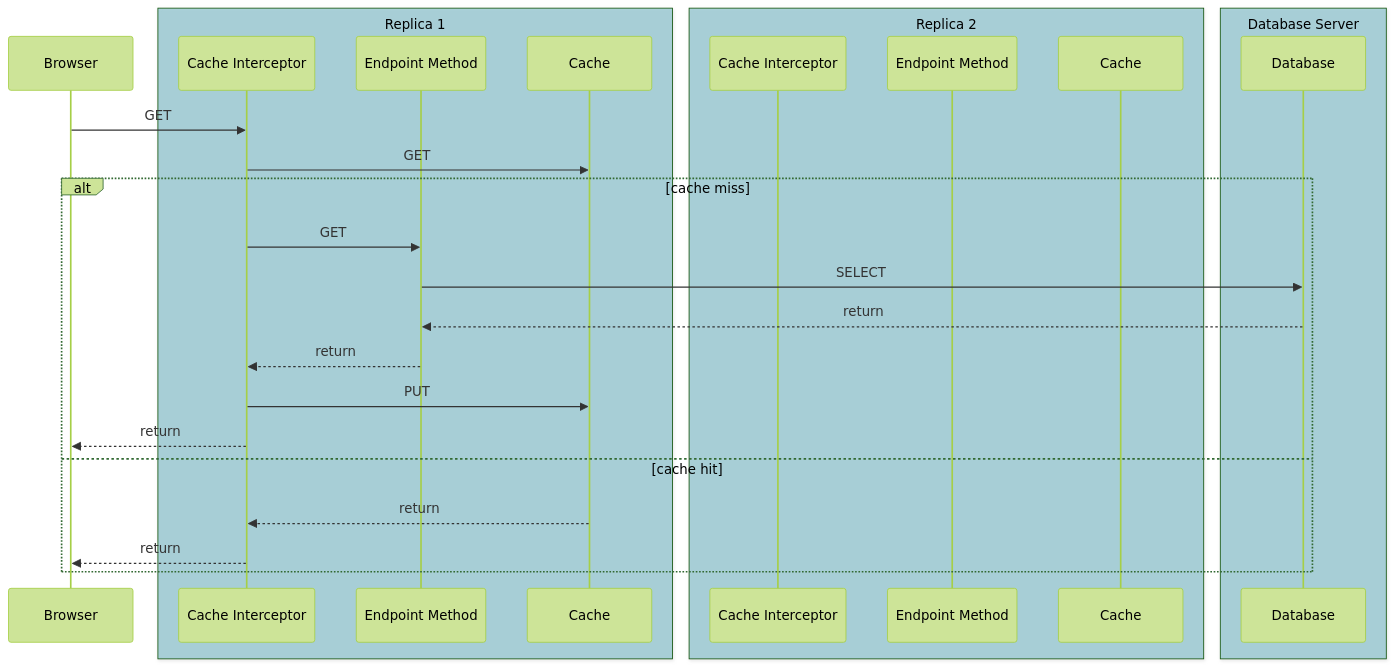
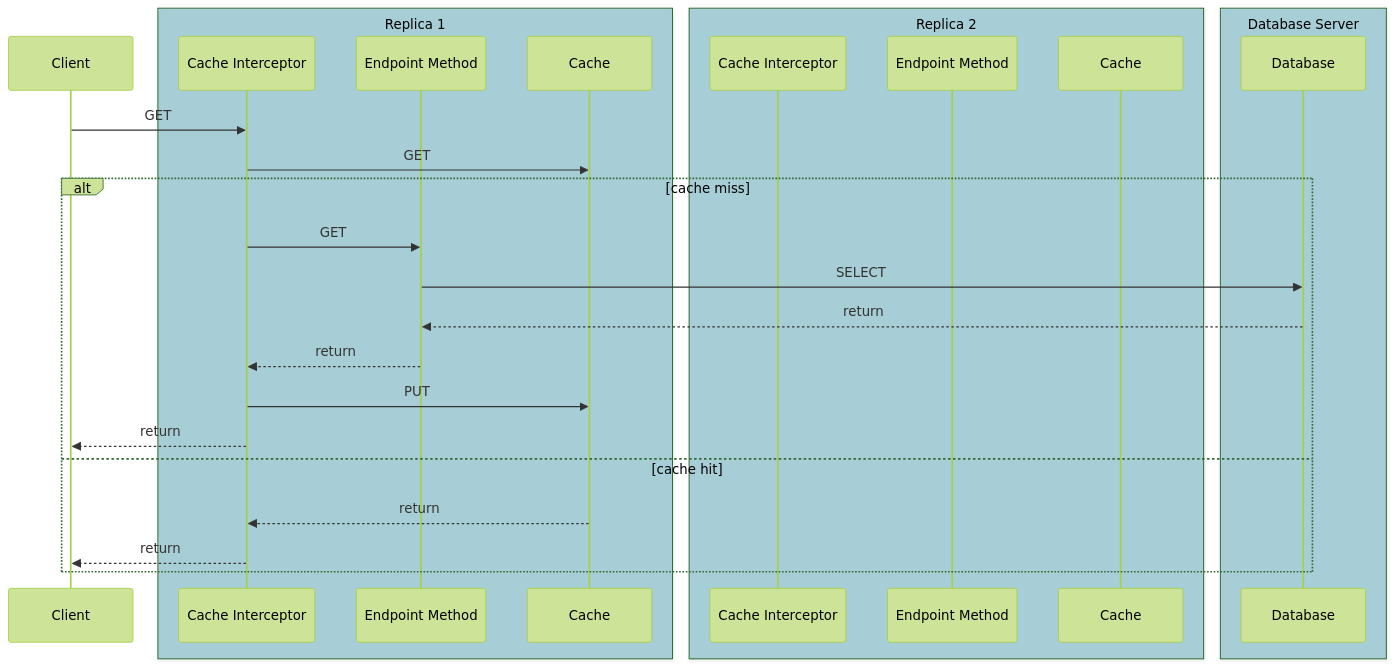
Before and after one commit to emacdona/onlispBookClub: the fourth of 6 diagrams in projects/blog/_posts/2024-03-09-spring-cacheable.markdown, drawn with Mermaid (forest theme). The commit also changed other lines of this file, not shown here.

````diff
--- a/projects/blog/_posts/2024-03-09-spring-cacheable.markdown
+++ b/projects/blog/_posts/2024-03-09-spring-cacheable.markdown
@@ -300,30 +380,30 @@
 ```mermaid!
 sequenceDiagram
-    participant B as Browser
+    participant B as Client
     box rgba(98, 175, 192, 0.5) Replica 1
         participant CI as Cache Interceptor
         participant EM as Endpoint Method
         participant C as Cache
     end
     box rgba(98, 175, 192, 0.5) Replica 2
         participant CI2 as Cache Interceptor
         participant EM2 as Endpoint Method
         participant C2 as Cache
     end
     box rgba(98, 175, 192, 0.5) Database Server
         participant DB as Database
     end
     B->>CI: GET
     CI->>C: GET
     alt cache miss
         CI->>EM: GET
         EM->>DB:SELECT
         DB-->>EM: return
         EM-->>CI: return
         CI->>C: PUT
         CI-->>B: return
     else cache hit
         C-->>CI: return
         CI-->>B: return
     end
 ```
````
